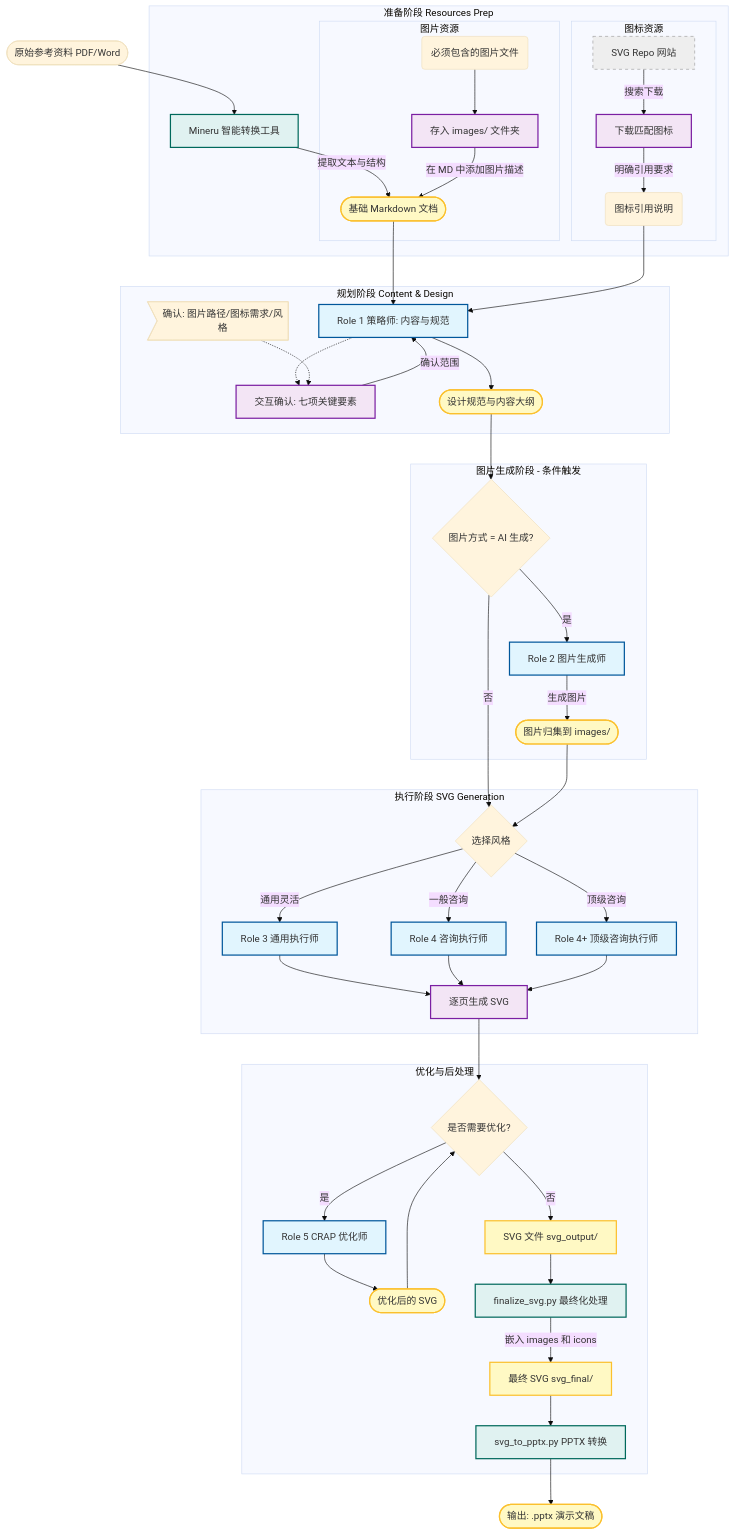
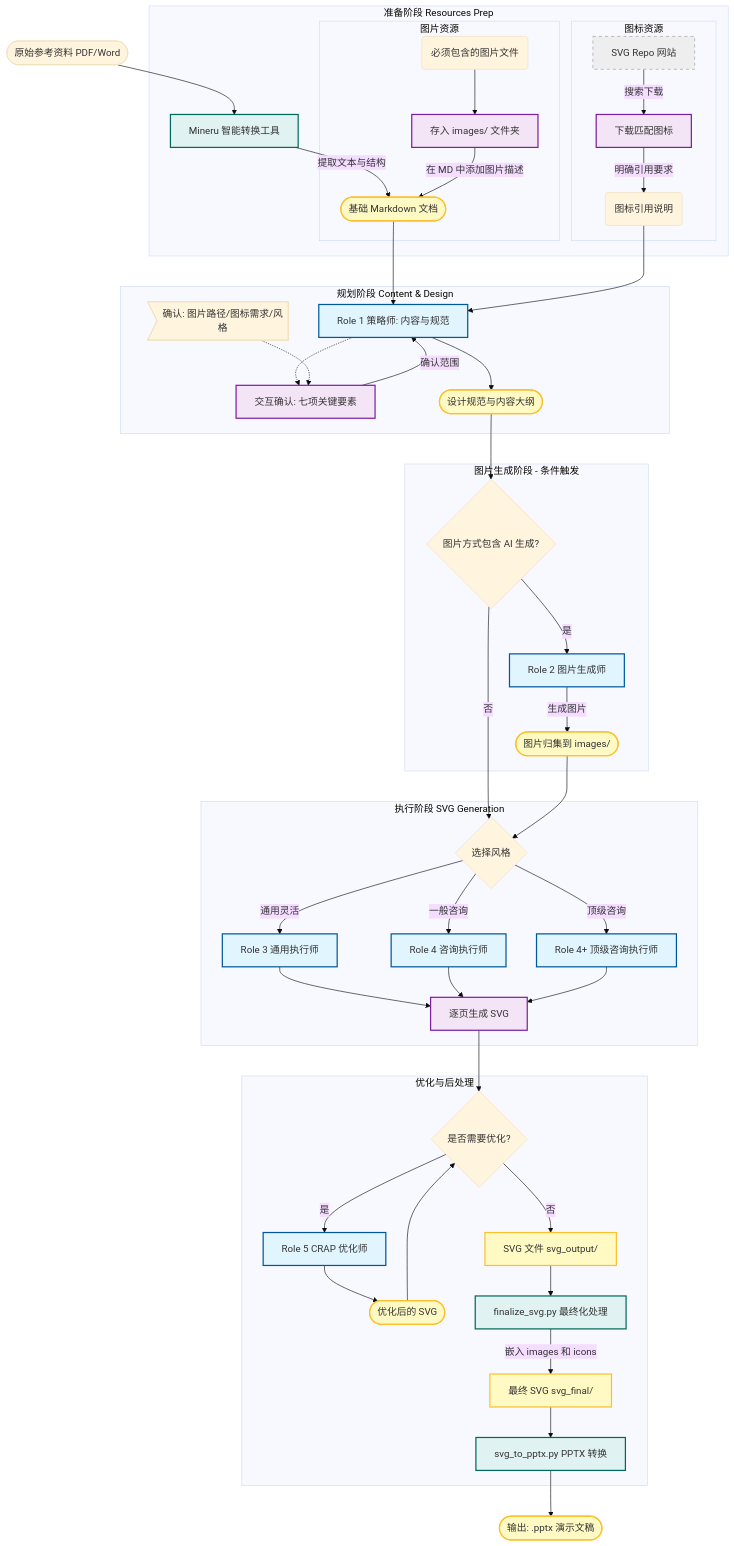
Before and after one commit to hugohe3/ppt-master: the diagram in README.md, drawn with Mermaid (base theme). The commit also changed other lines of this file and 6 other files, not shown here.

First line of the commit message:
feat(roles): 支持图片方式组合选择，优化图片驱动布局工作流

```diff
--- a/README.md
+++ b/README.md
@@ -238,7 +238,7 @@
         Strategist --> SpecDoc([设计规范与内容大纲]):::artifact
     end
 
-    SpecDoc --> CheckImage{图片方式 = AI 生成?}
+    SpecDoc --> CheckImage{图片方式包含 AI 生成?}
 
     %% 图片生成阶段（条件触发）
     subgraph ImageGen [图片生成阶段 - 条件触发]
```
